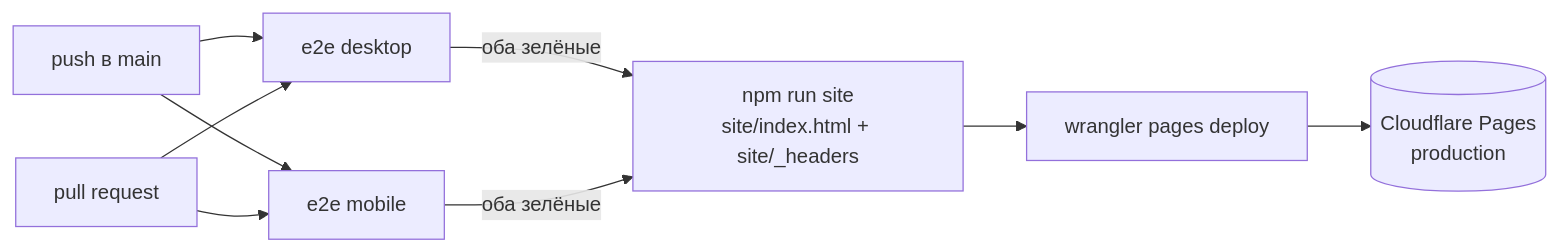
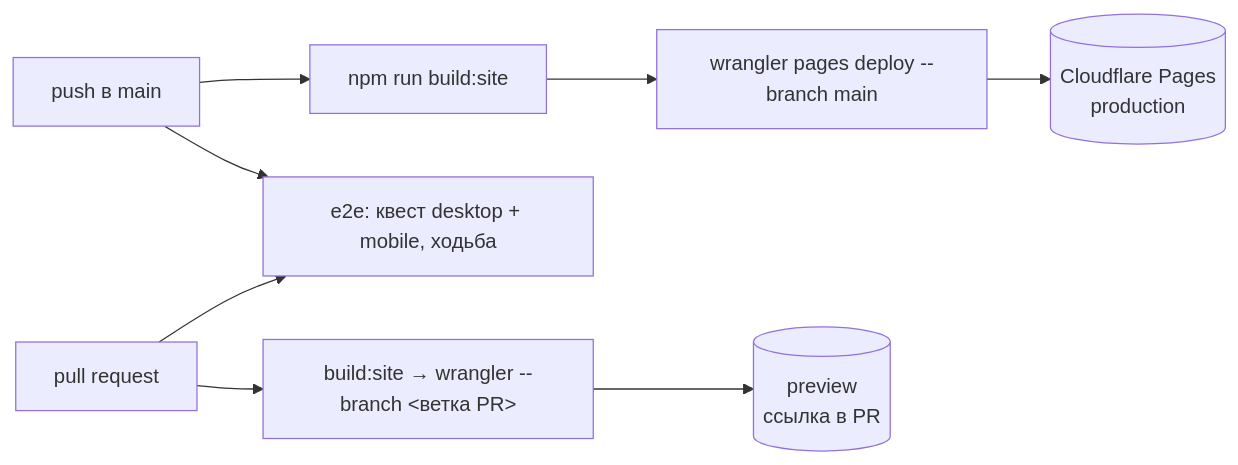
One commit to anrayt/el-sueno-game changed the diagram in docs/DEPLOY.md. Above: the diagram before and after it, drawn with Mermaid. The commit also changed other lines of this file and 37 other files, not shown here.

````diff
--- a/docs/DEPLOY.md
+++ b/docs/DEPLOY.md
@@ -7,10 +7,10 @@
 ```mermaid
 flowchart LR
-    P[push в main] --> T1[e2e desktop]
-    P --> T2[e2e mobile]
-    T1 & T2 -->|оба зелёные| S["npm run site<br/>site/index.html + site/_headers"]
-    S --> W[wrangler pages deploy]
+    P[push в main] --> D["npm run build:site"]
+    D --> W[wrangler pages deploy --branch main]
     W --> CF[(Cloudflare Pages<br/>production)]
-    PR[pull request] --> T1
-    PR --> T2
+    P --> E[e2e: квест desktop + mobile, ходьба]
+    PR[pull request] --> E
+    PR --> PV["build:site → wrangler --branch &lt;ветка PR&gt;"]
+    PV --> PCF[(preview<br/>ссылка в PR)]
 ```
````
